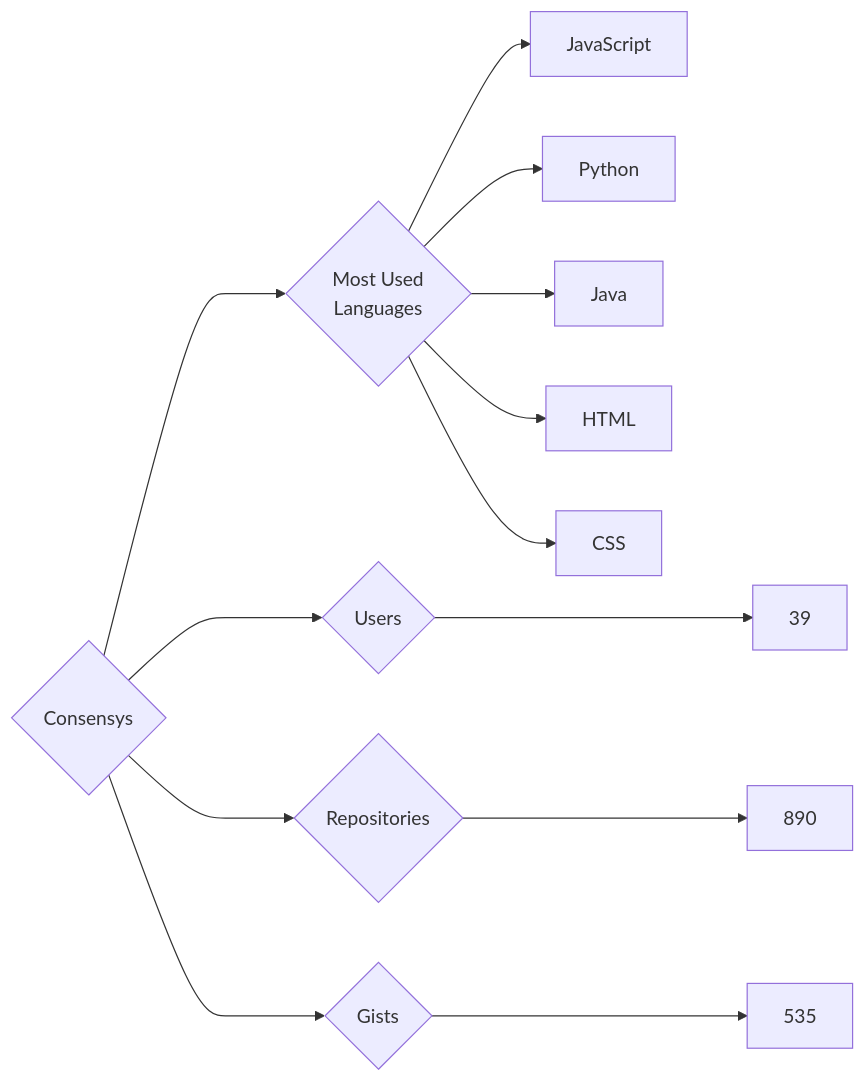
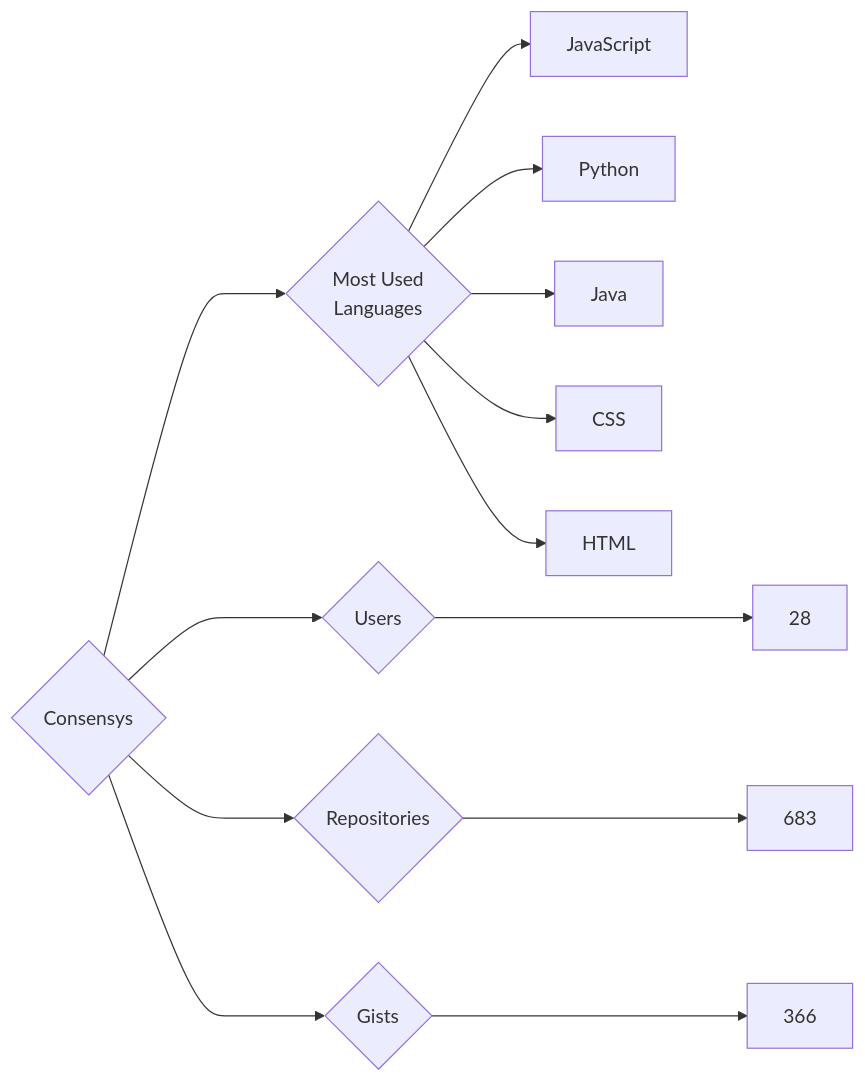
One commit to trickest/insiders changed the diagram in targets/Consensys/README.md. Above: the diagram before and after it, drawn with Mermaid. The commit also changed 745 other files, not shown here.

````diff
--- a/targets/Consensys/README.md
+++ b/targets/Consensys/README.md
@@ -3,13 +3,13 @@
 ```mermaid
 graph LR
 COMPANY_NAME{Consensys}
-COMPANY_NAME ---> U{Users} ---> UN[39]
-COMPANY_NAME ---> R{Repositories} ---> RN[890]
-COMPANY_NAME ---> G{Gists} ---> GN[535]
+COMPANY_NAME ---> U{Users} ---> UN[28]
+COMPANY_NAME ---> R{Repositories} ---> RN[683]
+COMPANY_NAME ---> G{Gists} ---> GN[366]
 COMPANY_NAME ---> ML{Most Used<br>Languages}
 ML --> JavaScript[JavaScript]
 ML --> Python[Python]
 ML --> Java[Java]
+ML --> CSS[CSS]
 ML --> HTML[HTML]
-ML --> CSS[CSS]
 ```
````
